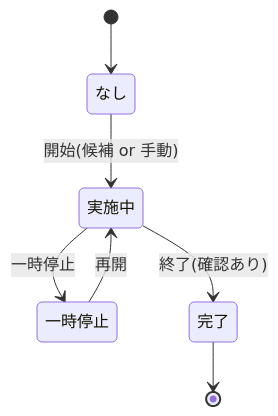
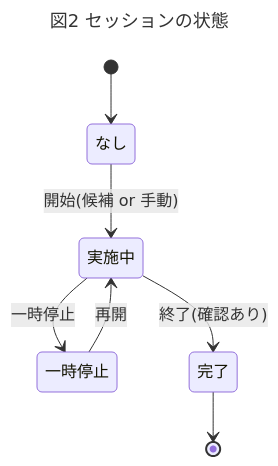
Before and after one commit to AibaTaro/Strength-app: the second of 3 diagrams in docs/screen-spec.md, drawn with Mermaid. The commit also changed other lines of this file and 10 other files, not shown here.

Commit message:
画面仕様書を図表番号での参照に統一(内部ID廃止)、画像・図に図番号を表示、文字数基準をドキュメント方針に追加

````diff
--- a/docs/screen-spec.md
+++ b/docs/screen-spec.md
@@ -18,9 +21,12 @@
 ```mermaid
+---
+title: 図2 セッションの状態
+---
 stateDiagram-v2
   [*] --> なし
   なし --> 実施中: 開始(候補 or 手動)
   実施中 --> 一時停止: 一時停止
   一時停止 --> 実施中: 再開
   実施中 --> 完了: 終了(確認あり)
   完了 --> [*]
 ```
````
